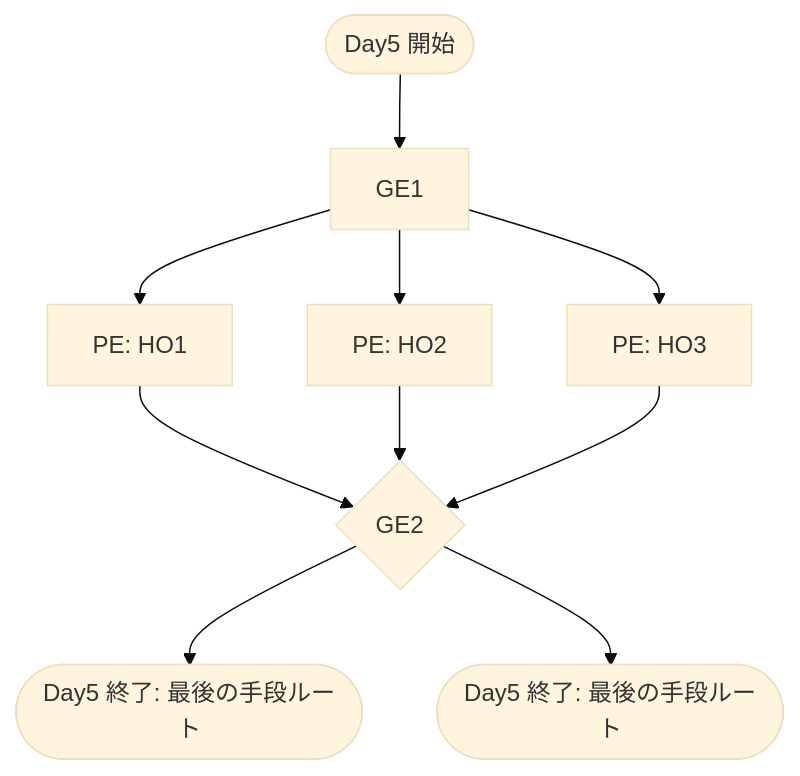
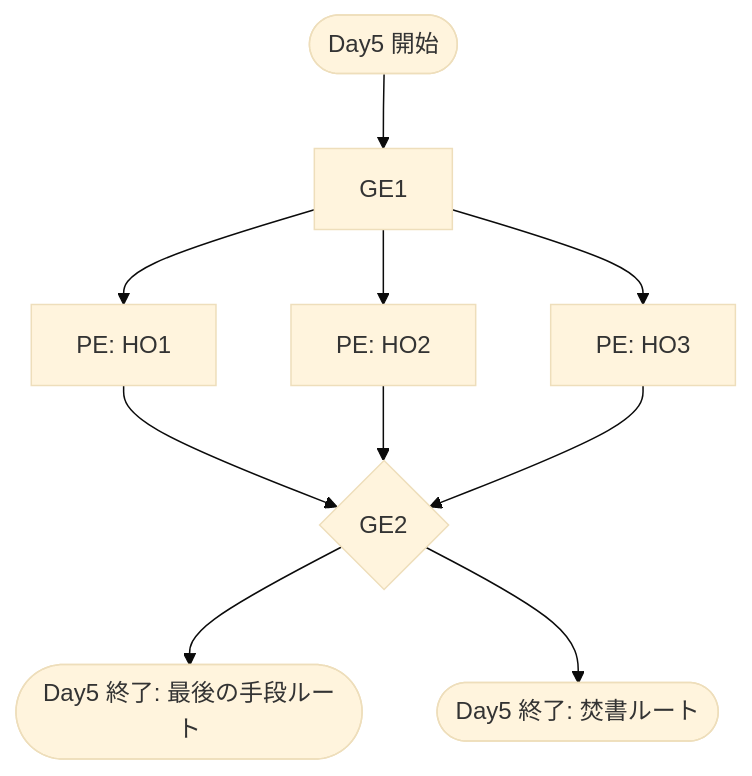
Before and after one commit to KarasuTatehi/last-resort-disturbance: the fifth of 5 diagrams in specs/routing.md, drawn with Mermaid (base theme). The commit also changed other lines of this file, not shown here.

````diff
--- a/specs/routing.md
+++ b/specs/routing.md
@@ -135,17 +135,17 @@
 ```mermaid
 flowchart TD
 D5S([Day5 開始])
 D5-GE1["GE1"]
 D5-PE-HO1["PE: HO1"]
 D5-PE-HO2["PE: HO2"]
 D5-PE-HO3["PE: HO3"]
 D5-GE2{"GE2"}
 D5E-A([Day5 終了: 最後の手段ルート])
-D5E-B([Day5 終了: 最後の手段ルート])
+D5E-B([Day5 終了: 焚書ルート])
 
 D5S -->
 D5-GE1 -->
 D5-PE-HO1 & D5-PE-HO2 & D5-PE-HO3 -->
 D5-GE2 -->
 D5E-A & D5E-B
 ```
````
